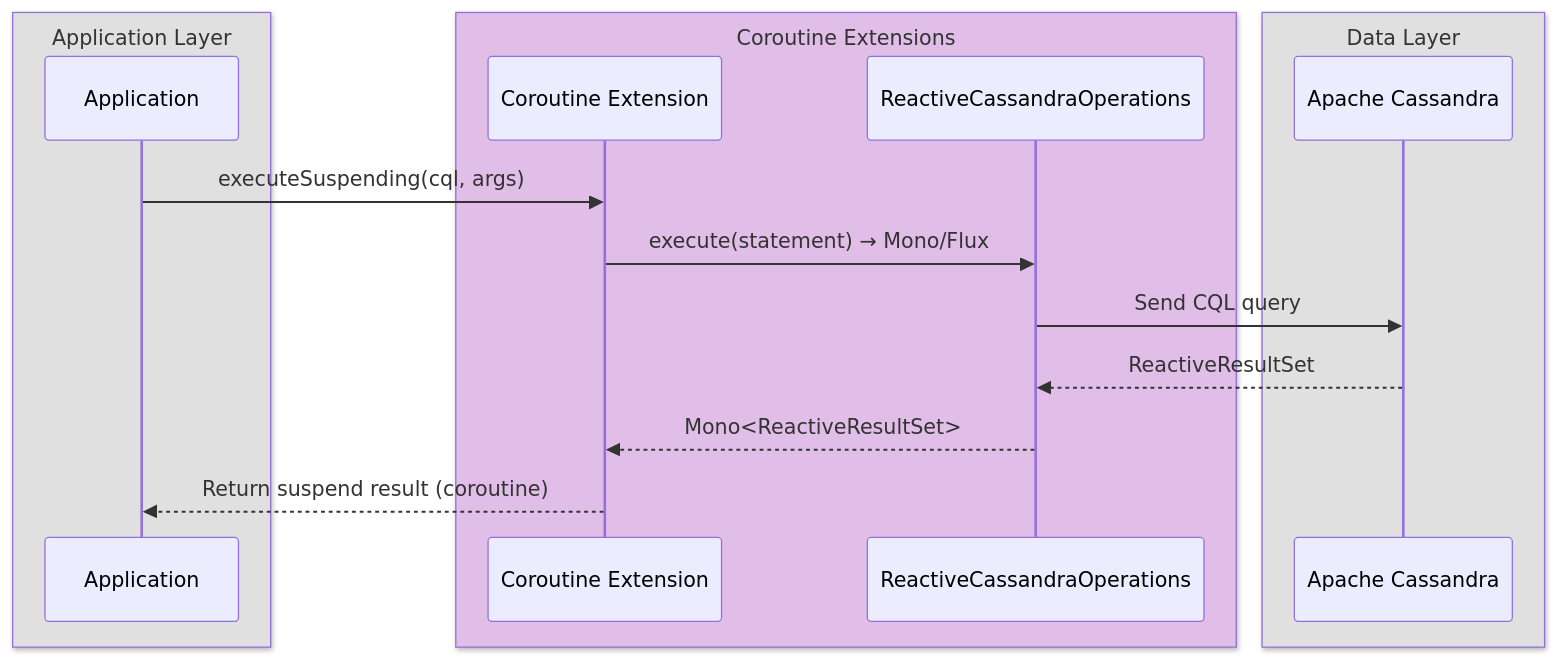
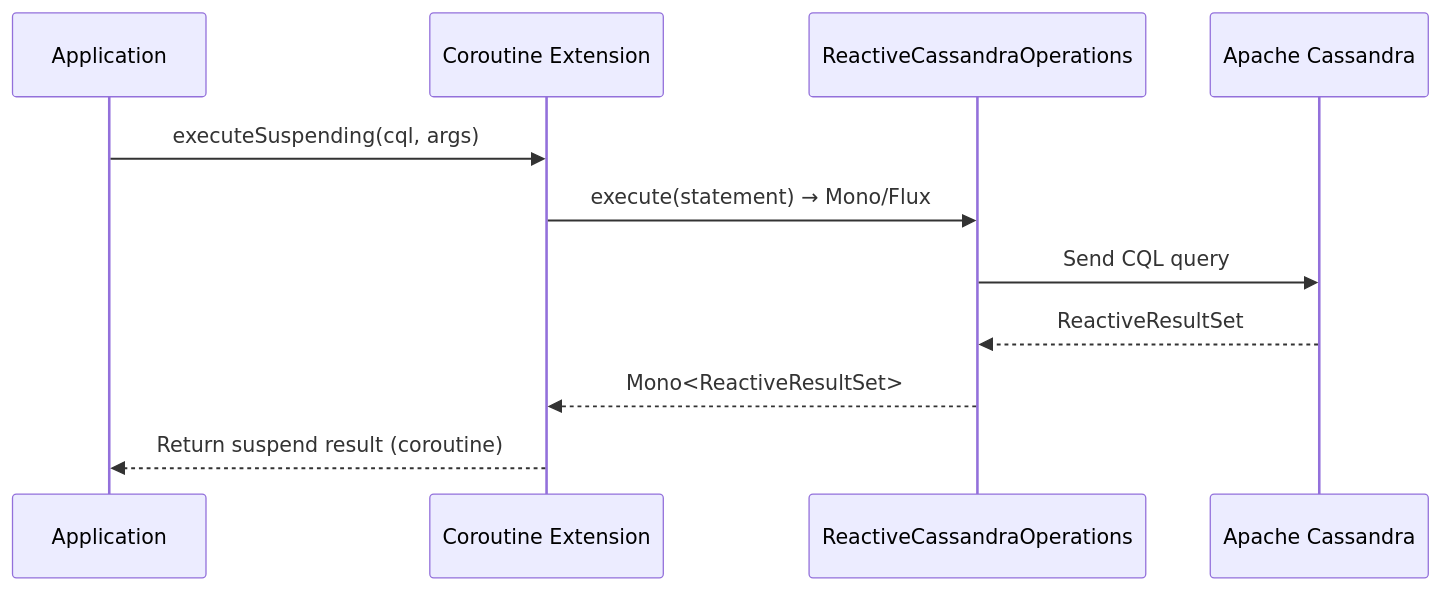
The third of 3 diagrams in spring-boot3/cassandra/README.md (bluetape4k/bluetape4k-projects), drawn with Mermaid before and after one commit. The commit also changed other lines of this file and 219 other files, not shown here.

First line of the commit message:
docs: 전체 README Mermaid 다이어그램 가이드 적용

````diff
--- a/spring-boot3/cassandra/README.md
+++ b/spring-boot3/cassandra/README.md
@@ -117,20 +117,14 @@
 ```mermaid
 sequenceDiagram
-    box rgb(224,224,224) Application Layer
         participant App as Application
-    end
-    box rgb(225,190,231) Coroutine Extensions
         participant Ext as Coroutine Extension
         participant Ops as ReactiveCassandraOperations
-    end
-    box rgb(224,224,224) Data Layer
         participant DB as Apache Cassandra
-    end
 
     App->>Ext: executeSuspending(cql, args)
     Ext->>Ops: execute(statement) → Mono/Flux
     Ops->>DB: Send CQL query
     DB-->>Ops: ReactiveResultSet
     Ops-->>Ext: Mono<ReactiveResultSet>
     Ext-->>App: Return suspend result (coroutine)
 ```
````
